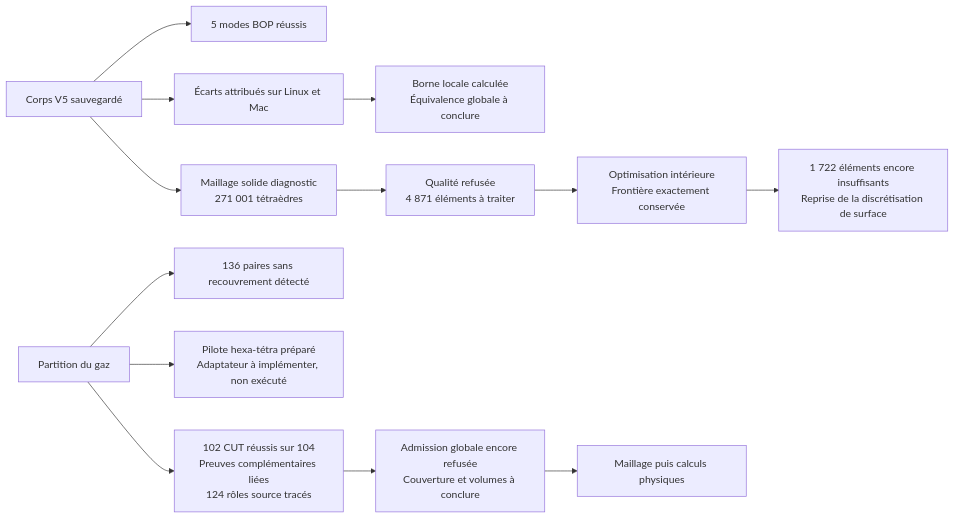
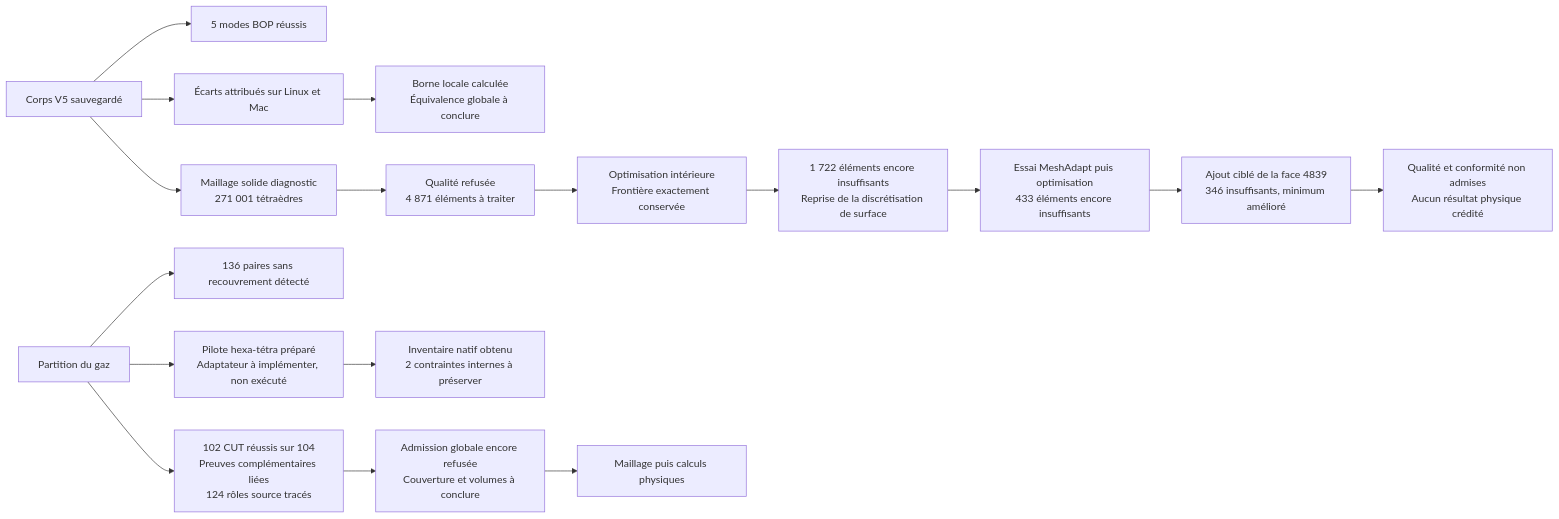
The diagram in docs/M64_GEOMETRY_CHECKPOINT_20260908.md (cluster2600/porscheparts), drawn with Mermaid before and after one commit. The commit also changed other lines of this file and 1 other file, not shown here.

Commit message:
docs(m64): record targeted mesh trials and internal gas constraints

````diff
--- a/docs/M64_GEOMETRY_CHECKPOINT_20260908.md
+++ b/docs/M64_GEOMETRY_CHECKPOINT_20260908.md
@@ -663,15 +800,19 @@
 ```mermaid
 flowchart LR
     A[Corps V5 sauvegardé] --> B[5 modes BOP réussis]
     A --> C[Écarts attribués sur Linux et Mac]
     C --> D[Borne locale calculée<br/>Équivalence globale à conclure]
     A --> J[Maillage solide diagnostic<br/>271 001 tétraèdres]
     J --> K[Qualité refusée<br/>4 871 éléments à traiter]
     K --> L[Optimisation intérieure<br/>Frontière exactement conservée]
     L --> M[1 722 éléments encore insuffisants<br/>Reprise de la discrétisation de surface]
+    M --> O[Essai MeshAdapt puis optimisation<br/>433 éléments encore insuffisants]
+    O --> P[Ajout ciblé de la face 4839<br/>346 insuffisants, minimum amélioré]
+    P --> Q[Qualité et conformité non admises<br/>Aucun résultat physique crédité]
     E[Partition du gaz] --> F[136 paires sans recouvrement détecté]
     E --> N[Pilote hexa-tétra préparé<br/>Adaptateur à implémenter, non exécuté]
+    N --> R[Inventaire natif obtenu<br/>2 contraintes internes à préserver]
     E --> G[102 CUT réussis sur 104<br/>Preuves complémentaires liées<br/>124 rôles source tracés]
     G --> H[Admission globale encore refusée<br/>Couverture et volumes à conclure]
     H --> I[Maillage puis calculs physiques]
 ```
````
